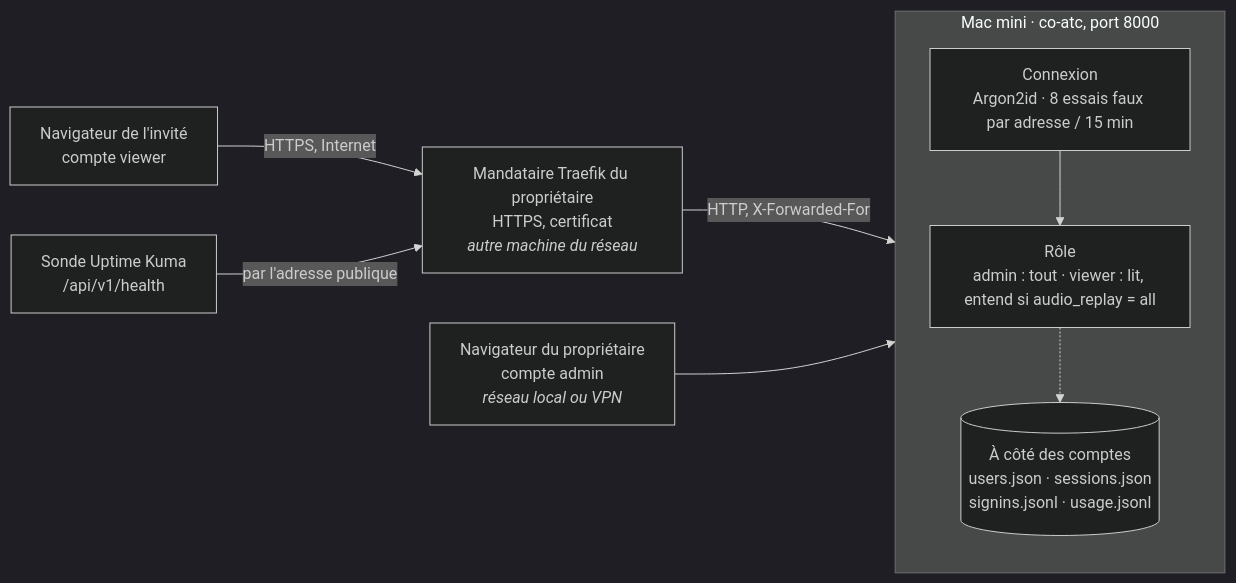
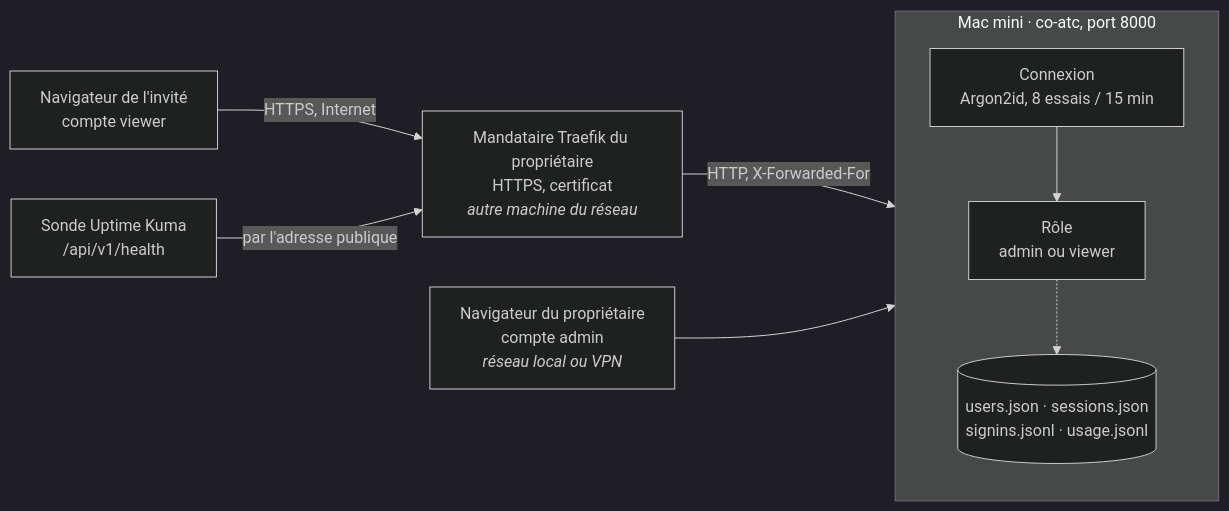
Before and after one commit to chatelp/clairance: the diagram in docs-fr/37-comptes-et-acces-distant.md, drawn with Mermaid (dark theme). The commit also changed 1 other file, not shown here.

Commit message:
docs: the access diagram, shorter labels

````diff
--- a/docs-fr/37-comptes-et-acces-distant.md
+++ b/docs-fr/37-comptes-et-acces-distant.md
@@ -11,19 +11,19 @@
 ```mermaid
 flowchart LR
   guest["Navigateur de l'invité<br/>compte viewer"]
   owner["Navigateur du propriétaire<br/>compte admin<br/><i>réseau local ou VPN</i>"]
   proxy["Mandataire Traefik du propriétaire<br/>HTTPS, certificat<br/><i>autre machine du réseau</i>"]
   subgraph mac["Mac mini · co-atc, port 8000"]
     direction TB
-    signin["Connexion<br/>Argon2id · 8 essais faux par adresse / 15 min"]
-    role["Rôle<br/>admin : tout · viewer : lit, entend si audio_replay = all"]
-    files[("À côté des comptes<br/>users.json · sessions.json<br/>signins.jsonl · usage.jsonl")]
+    signin["Connexion<br/>Argon2id, 8 essais / 15 min"]
+    role["Rôle<br/>admin ou viewer"]
+    files[("users.json · sessions.json<br/>signins.jsonl · usage.jsonl")]
     signin --> role
     role -.-> files
   end
   probe["Sonde Uptime Kuma<br/>/api/v1/health"]
   guest -- "HTTPS, Internet" --> proxy
   proxy -- "HTTP, X-Forwarded-For" --> mac
   owner --> mac
   probe -- "par l'adresse publique" --> proxy
 ```
````
